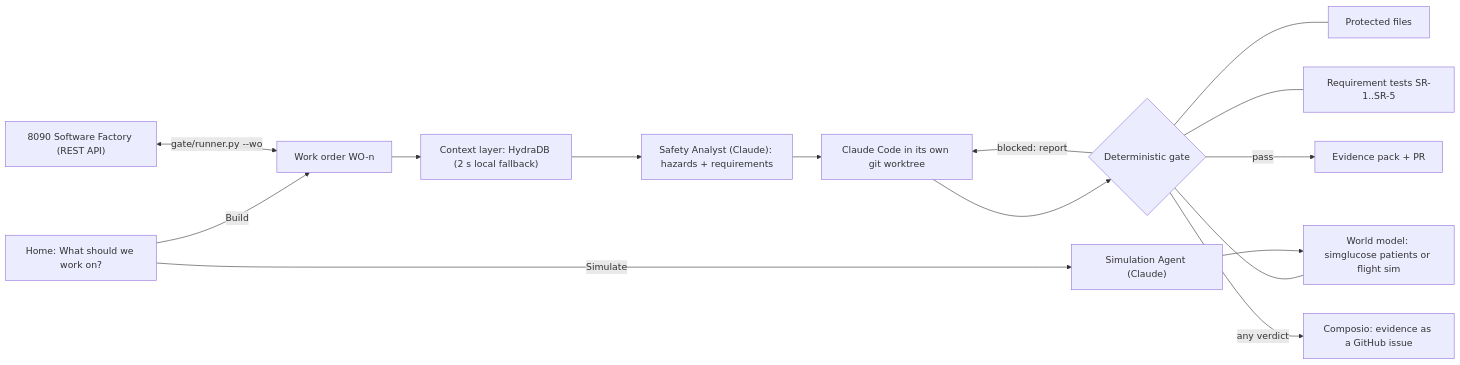
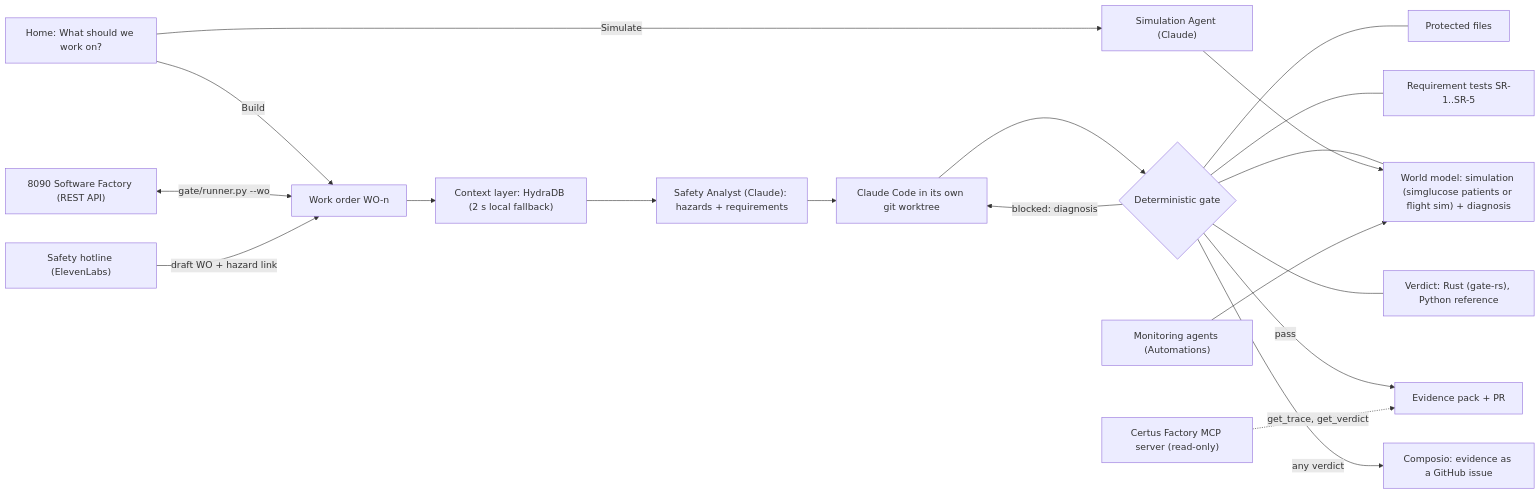
The diagram in README.md (Abhishek21g/evolve-factory), drawn with Mermaid before and after one commit. The commit also changed other lines of this file and 2 other files, not shown here.

Commit message:
WO-482: README, DEVPOST, PITCH §7 and DEMO match main: sign-in (?demo), Rust gate (40,000 generated cases), world model vs simulation, monitoring agents, HydraDB/Composio/ElevenLabs uses, Integrations + MCP config, sample supply/finance; replay-only demo and video script with measured click path

````diff
--- a/README.md
+++ b/README.md
@@ -28,17 +28,21 @@
 ```mermaid
 flowchart LR
   H["Home: What should we work on?"] -->|Build| WO["Work order WO-n"]
   H -->|Simulate| SIM["Simulation Agent (Claude)"]
   WO --> MEM["Context layer: HydraDB (2 s local fallback)"]
   MEM --> SA["Safety Analyst (Claude): hazards + requirements"]
   SA --> CC["Claude Code in its own git worktree"]
   CC --> GATE{"Deterministic gate"}
   GATE --- PF["Protected files"]
   GATE --- RT["Requirement tests SR-1..SR-5"]
-  GATE --- WM["World model: simglucose patients or flight sim"]
-  GATE -->|"blocked: report"| CC
+  GATE --- WM["World model: simulation (simglucose patients or flight sim) + diagnosis"]
+  GATE --- RS["Verdict: Rust (gate-rs), Python reference"]
+  GATE -->|"blocked: diagnosis"| CC
   GATE -->|pass| EV["Evidence pack + PR"]
   GATE -->|"any verdict"| ACT["Composio: evidence as a GitHub issue"]
   SIM --> WM
   SF["8090 Software Factory (REST API)"] <-->|"gate/runner.py --wo"| WO
+  INC["Safety hotline (ElevenLabs)"] -->|"draft WO + hazard link"| WO
+  MON["Monitoring agents (Automations)"] --> WM
+  MCP["Certus Factory MCP server (read-only)"] -.->|"get_trace, get_verdict"| EV
 ```
````
